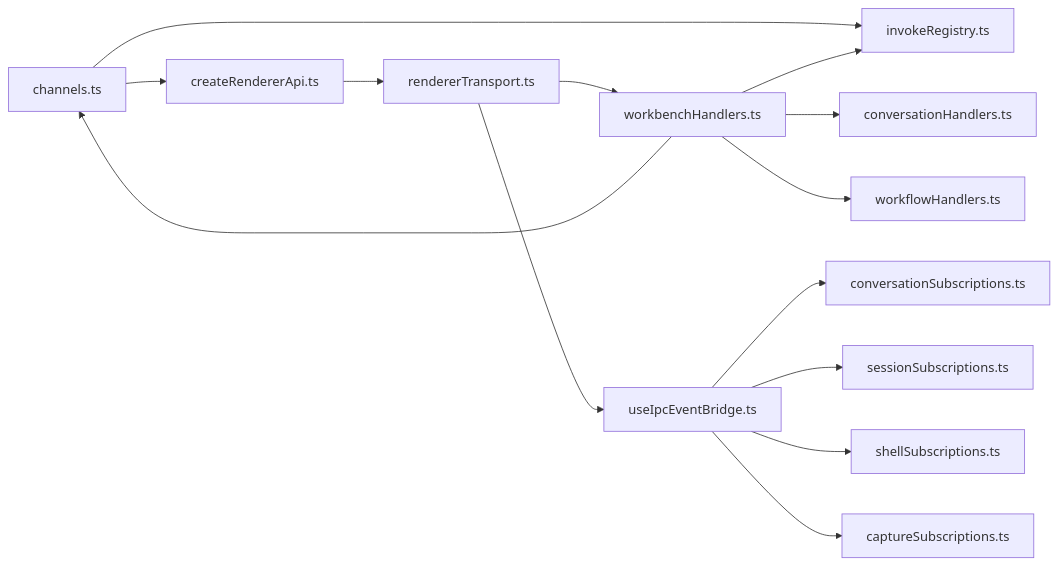
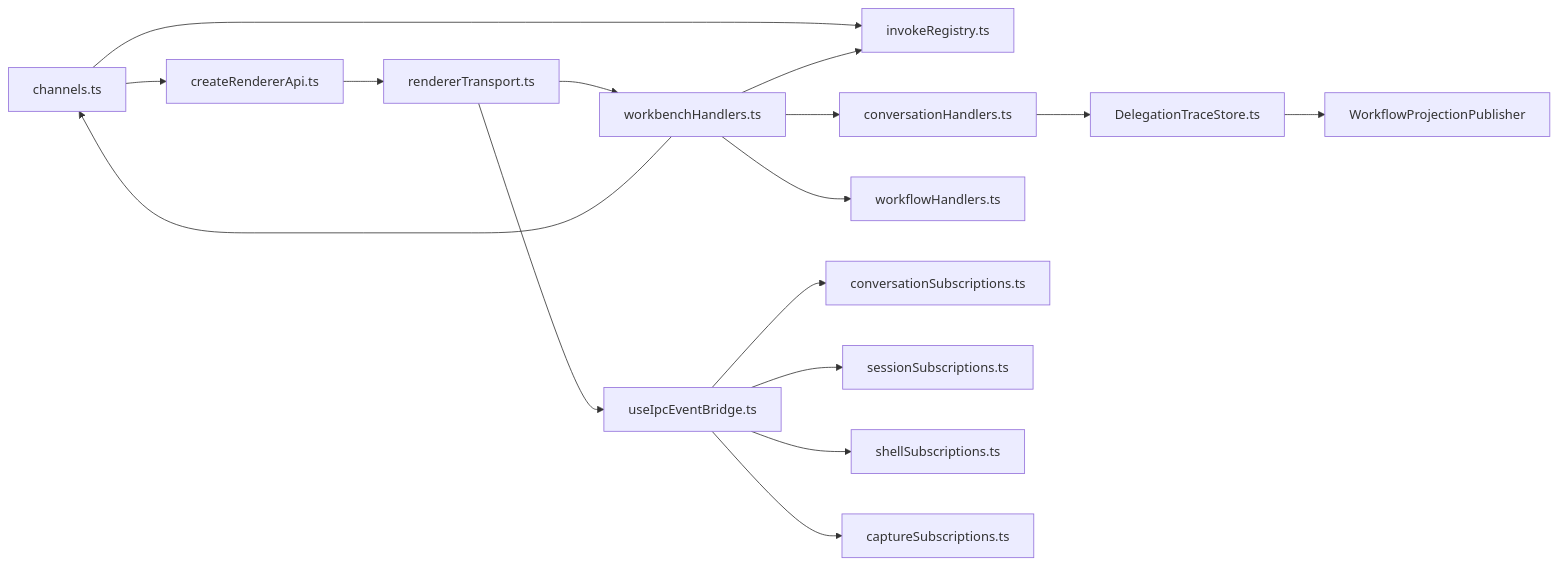
Before and after one commit to haolange/RDC-Agent: diagram 14 of 14 in .qoder/repowiki/zh/content/架构设计/主进程架构/IPC 通信机制.md, drawn with Mermaid. The commit also changed other lines of this file and 25 other files, not shown here.

````diff
--- a/.qoder/repowiki/zh/content/架构设计/主进程架构/IPC 通信机制.md
+++ b/.qoder/repowiki/zh/content/架构设计/主进程架构/IPC 通信机制.md
@@ -389,16 +500,18 @@
 ```mermaid
 graph LR
 CH["channels.ts"] --> RA["createRendererApi.ts"]
 CH --> IR["invokeRegistry.ts"]
 RA --> RT["rendererTransport.ts"]
 RT --> WH["workbenchHandlers.ts"]
 WH --> IR
 WH --> CH
 WH --> H1["conversationHandlers.ts"]
 WH --> H2["workflowHandlers.ts"]
 RT --> EB["useIpcEventBridge.ts"]
 EB --> CS["conversationSubscriptions.ts"]
 EB --> SS["sessionSubscriptions.ts"]
 EB --> SHS["shellSubscriptions.ts"]
 EB --> CPS["captureSubscriptions.ts"]
+H1 --> DTS["DelegationTraceStore.ts"]
+DTS --> WP["WorkflowProjectionPublisher"]
 ```
````
